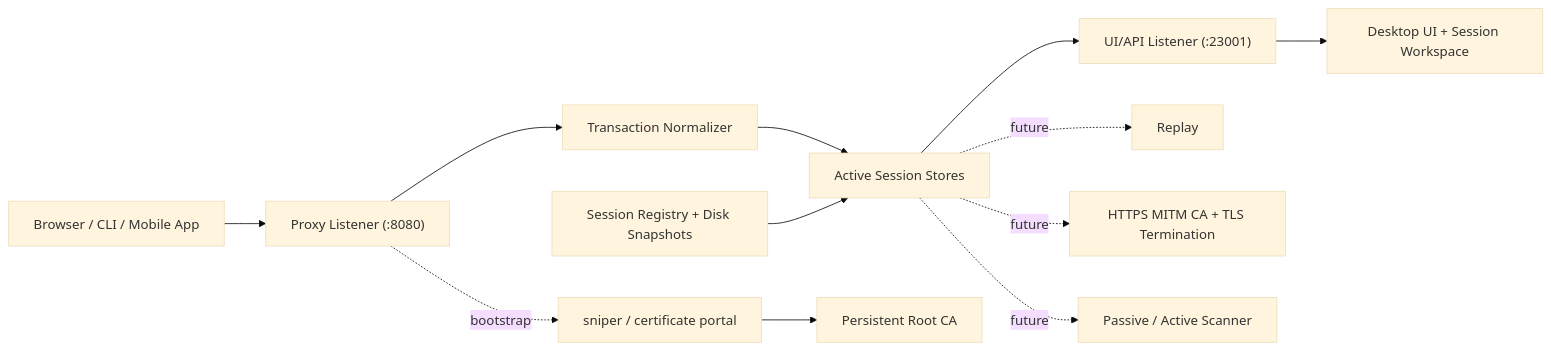
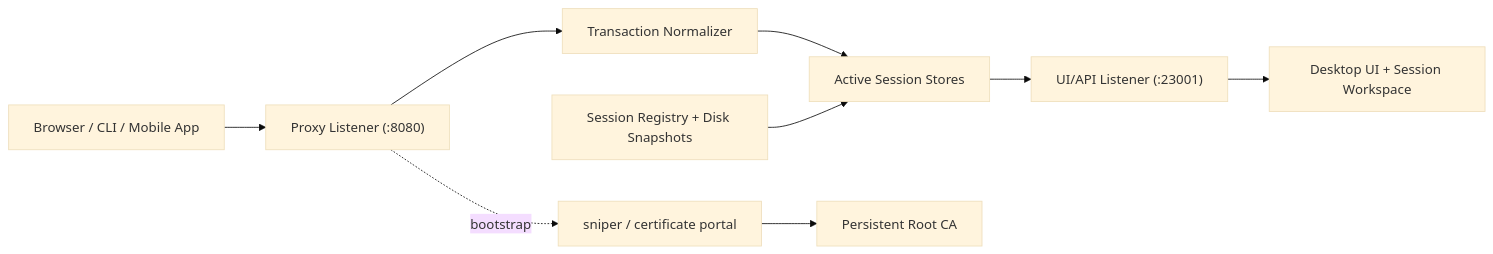
One commit to ksw9722/Sniper changed the first of 2 diagrams in docs/architecture.md. Above: the diagram before and after it, drawn with Mermaid (base theme). The commit also changed other lines of this file and 25 other files, not shown here.

````diff
--- a/docs/architecture.md
+++ b/docs/architecture.md
@@ -33,14 +31,11 @@
 ```mermaid
 flowchart LR
     Client["Browser / CLI / Mobile App"] --> Proxy["Proxy Listener (:8080)"]
     Proxy --> Capture["Transaction Normalizer"]
     Capture --> Store["Active Session Stores"]
     SessionRegistry["Session Registry + Disk Snapshots"] --> Store
     Store --> API["UI/API Listener (:23001)"]
     API --> UI["Desktop UI + Session Workspace"]
     Proxy -. bootstrap .-> SpecialHost["sniper / certificate portal"]
     SpecialHost --> CA["Persistent Root CA"]
-    Store -. future .-> Replay["Replay"]
-    Store -. future .-> MITM["HTTPS MITM CA + TLS Termination"]
-    Store -. future .-> Scanner["Passive / Active Scanner"]
 ```
````
